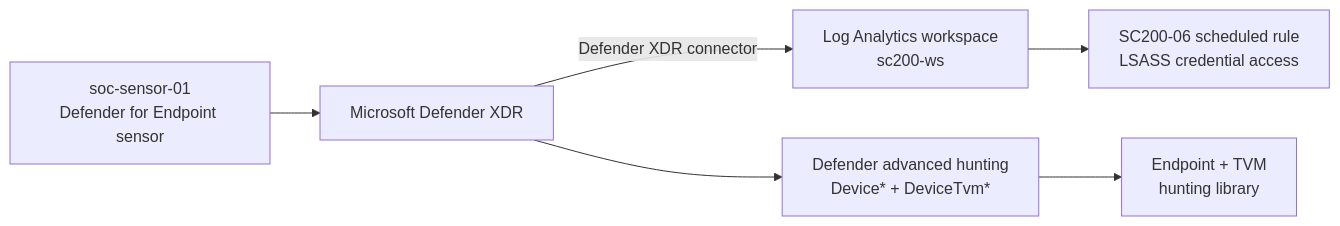
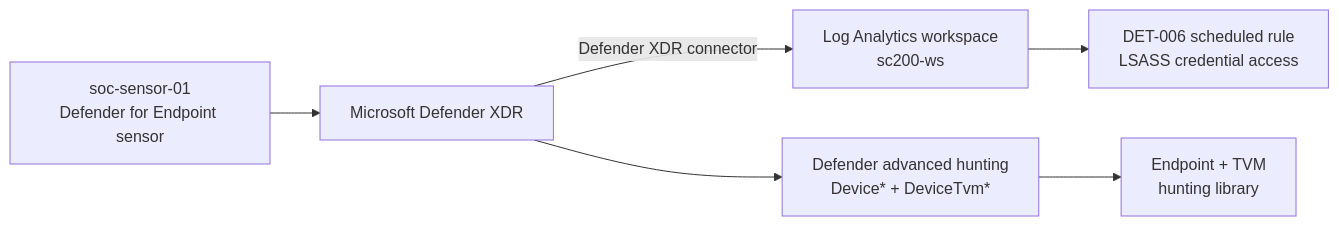
Before and after one commit to ibondarenko1/azure-soc-detection-lab: the diagram in docs/07-endpoint-vulnerability-management.md, drawn with Mermaid. The commit also changed other lines of this file and 45 other files, not shown here.

````diff
--- a/docs/07-endpoint-vulnerability-management.md
+++ b/docs/07-endpoint-vulnerability-management.md
@@ -24,8 +24,8 @@
 ```mermaid
 flowchart LR
   EP[soc-sensor-01<br/>Defender for Endpoint sensor] --> XDR[Microsoft Defender XDR]
   XDR -->|Defender XDR connector| W[Log Analytics workspace<br/>sc200-ws]
   XDR --> AH[Defender advanced hunting<br/>Device* + DeviceTvm*]
-  W --> R[SC200-06 scheduled rule<br/>LSASS credential access]
+  W --> R[DET-006 scheduled rule<br/>LSASS credential access]
   AH --> H[Endpoint + TVM<br/>hunting library]
 ```
````
